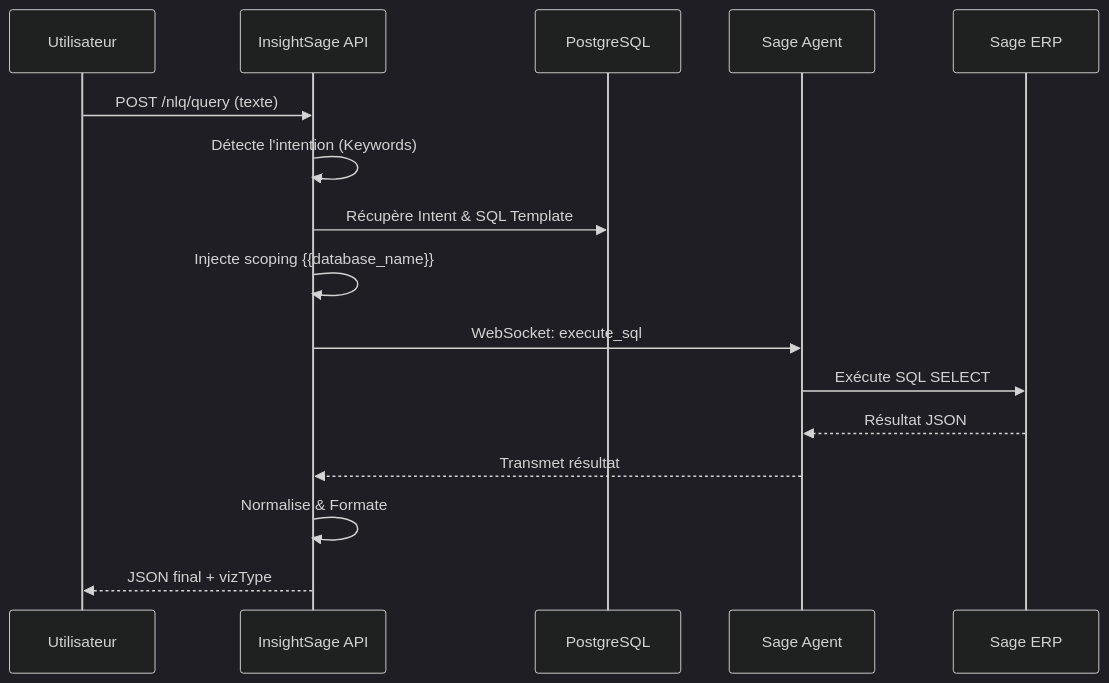
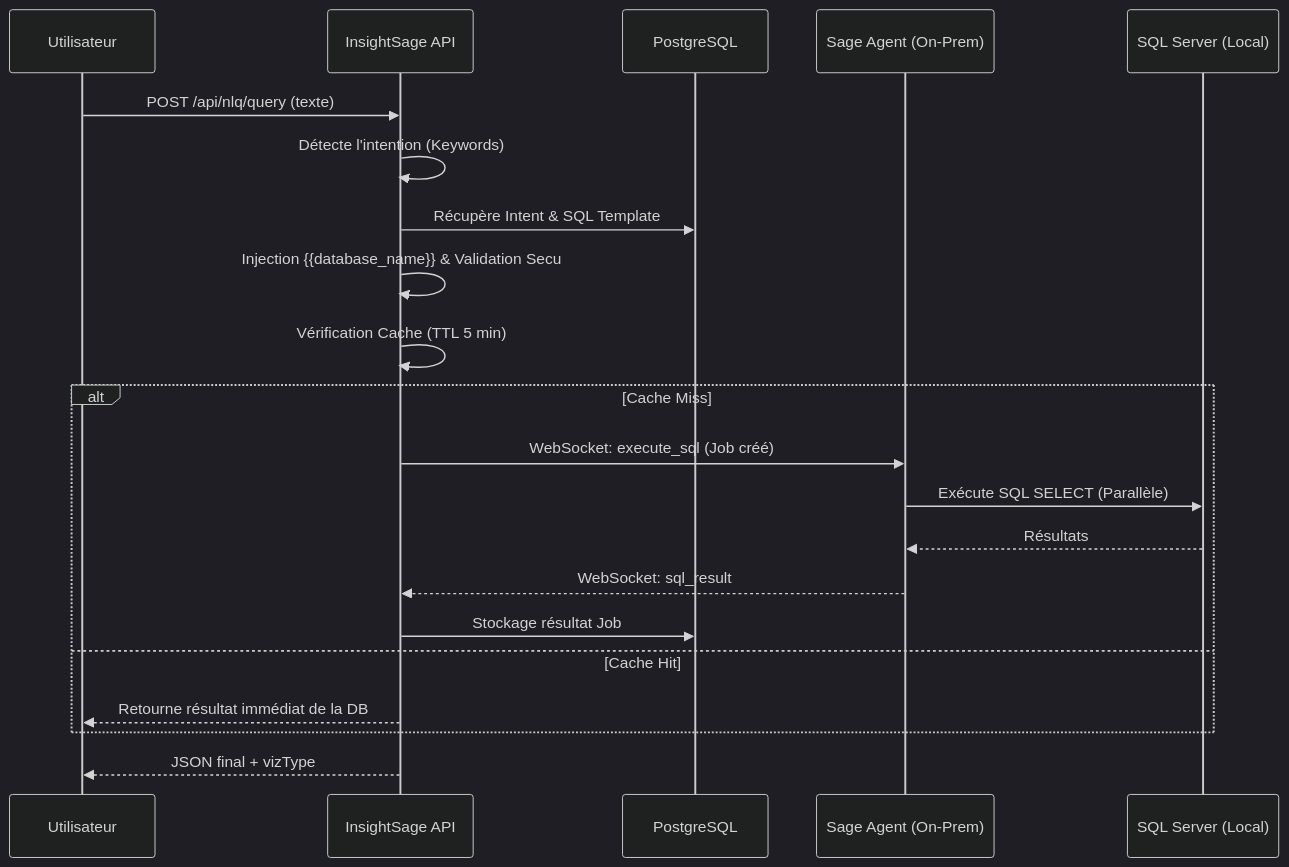
The diagram in docs/backend/modules/nlq.md (AbdoulDiouf2/Insightsage_backend), drawn with Mermaid (dark theme) before and after one commit. The commit also changed other lines of this file and 5 other files, not shown here.

Commit message:
feat: Add database seeding for permissions, roles, subscription plans, KPIs, and NLQ, alongside new admin, agent, and license management services.

````diff
--- a/docs/backend/modules/nlq.md
+++ b/docs/backend/modules/nlq.md
@@ -14,19 +14,26 @@
 ```mermaid
 sequenceDiagram
     participant User as Utilisateur
     participant API as InsightSage API
     participant DB as PostgreSQL
-    participant Agent as Sage Agent
-    participant ERP as Sage ERP
+    participant Agent as Sage Agent (On-Prem)
+    participant ERP as SQL Server (Local)
 
-    User->>API: POST /nlq/query (texte)
+    User->>API: POST /api/nlq/query (texte)
     API->>API: Détecte l'intention (Keywords)
     API->>DB: Récupère Intent & SQL Template
-    API->>API: Injecte scoping {{database_name}}
-    API->>Agent: WebSocket: execute_sql
-    Agent->>ERP: Exécute SQL SELECT
-    ERP-->>Agent: Résultat JSON
-    Agent-->>API: Transmet résultat
-    API->>API: Normalise & Formate
+    API->>API: Injection {{database_name}} & Validation Secu
+    API->>API: Vérification Cache (TTL 5 min)
+    
+    alt Cache Miss
+        API->>Agent: WebSocket: execute_sql (Job créé)
+        Agent->>ERP: Exécute SQL SELECT (Parallèle)
+        ERP-->>Agent: Résultats
+        Agent-->>API: WebSocket: sql_result
+        API->>DB: Stockage résultat Job
+    else Cache Hit
+        API-->>User: Retourne résultat immédiat de la DB
+    end
+    
     API-->>User: JSON final + vizType
 ```
````
